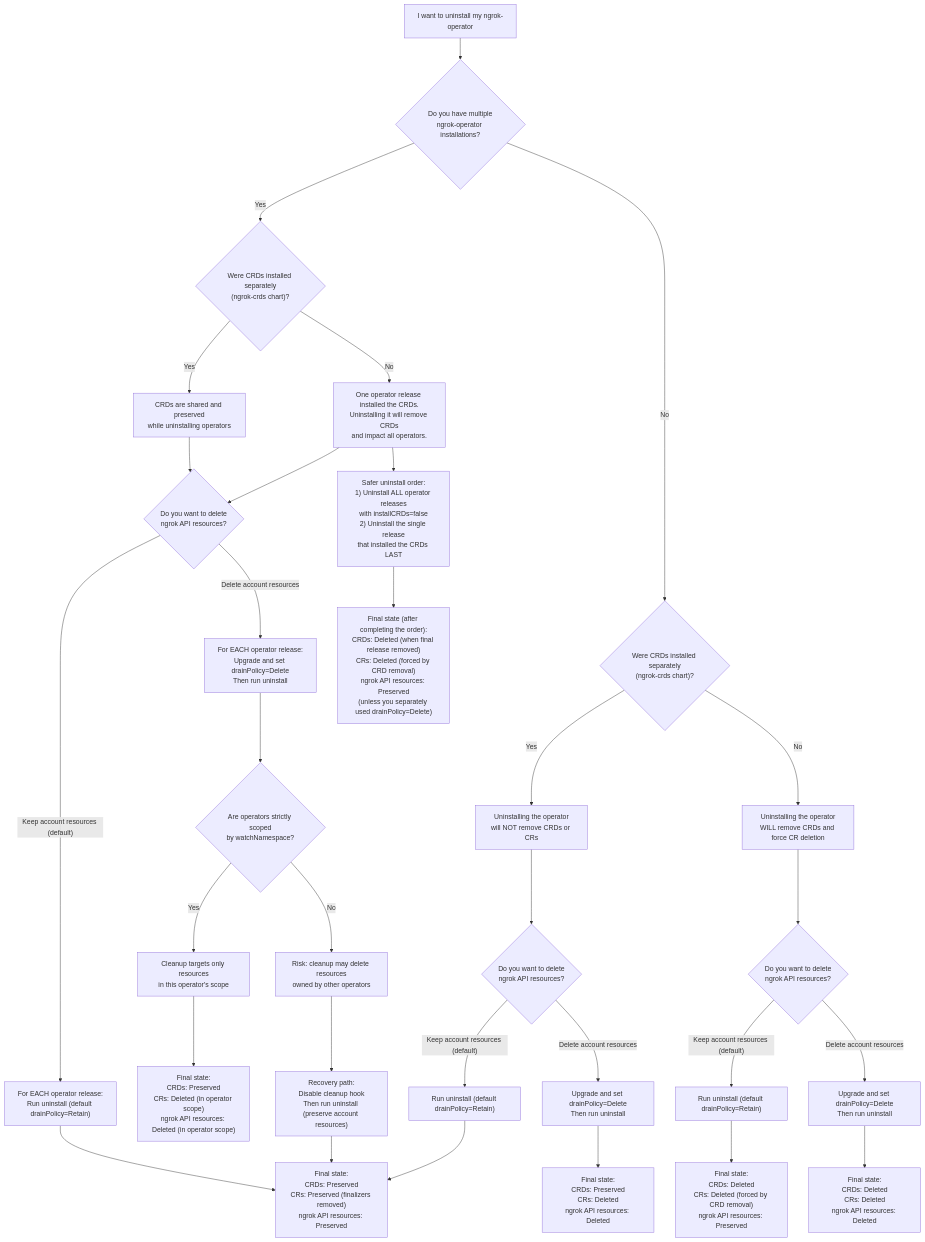
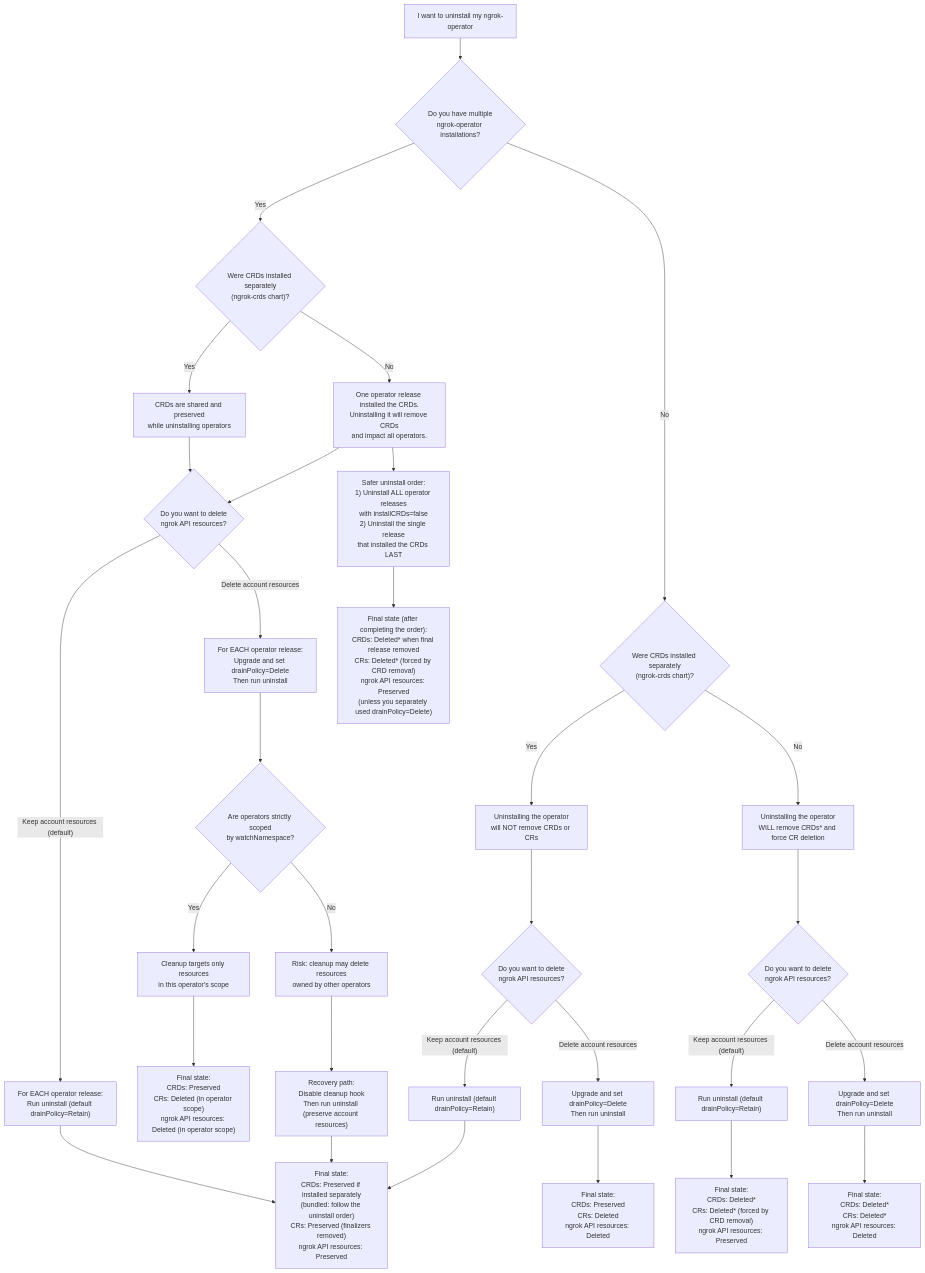
The diagram in gateway/k8s/installation/uninstall.mdx (ngrok/ngrok-docs), drawn with Mermaid before and after one commit. The commit also changed other lines of this file and 16 other files, not shown here.

First line of the commit message:
k8s: update install, upgrade and uninstall docs for Helm chart 0.25

````diff
--- a/gateway/k8s/installation/uninstall.mdx
+++ b/gateway/k8s/installation/uninstall.mdx
@@ -228,58 +265,58 @@
 ```mermaid
 flowchart TD
   A["I want to uninstall my ngrok-operator"] --> B{"Do you have multiple<br/>ngrok-operator installations?"}
 
   %% =========================
   %% MULTIPLE INSTALLATIONS
   %% =========================
   B -- "Yes" --> M1{"Were CRDs installed separately<br/>(ngrok-crds chart)?"}
 
   M1 -- "Yes" --> M2["CRDs are shared and preserved<br/>while uninstalling operators"]
   M1 -- "No" --> M3["One operator release installed the CRDs.<br/>Uninstalling it will remove CRDs<br/>and impact all operators."]
 
   M2 --> M4{"Do you want to delete<br/>ngrok API resources?"}
   M3 --> M4
 
   M4 -- "Keep account resources (default)" --> M5["For EACH operator release:<br/>Run uninstall (default drainPolicy=Retain)"]
   M4 -- "Delete account resources" --> M6["For EACH operator release:<br/>Upgrade and set drainPolicy=Delete<br/>Then run uninstall"]
 
   M6 --> M7{"Are operators strictly scoped<br/>by watchNamespace?"}
   M7 -- "Yes" --> M8["Cleanup targets only resources<br/>in this operator's scope"]
   M7 -- "No" --> M9["Risk: cleanup may delete resources<br/>owned by other operators"]
 
   M9 --> M10["Recovery path:<br/>Disable cleanup hook<br/>Then run uninstall (preserve account resources)"]
 
   M3 --> M11["Safer uninstall order:<br/>1) Uninstall ALL operator releases<br/>with installCRDs=false<br/>2) Uninstall the single release<br/>that installed the CRDs LAST"]
 
   %% Multi-install final states
-  M5 --> FS1["Final state:<br/>CRDs: Preserved<br/>CRs: Preserved (finalizers removed)<br/>ngrok API resources: Preserved"]
+  M5 --> FS1["Final state:<br/>CRDs: Preserved if installed separately<br/>(bundled: follow the uninstall order)<br/>CRs: Preserved (finalizers removed)<br/>ngrok API resources: Preserved"]
   M8 --> FS2["Final state:<br/>CRDs: Preserved<br/>CRs: Deleted (in operator scope)<br/>ngrok API resources: Deleted (in operator scope)"]
   M10 --> FS1
-  M11 --> FS3["Final state (after completing the order):<br/>CRDs: Deleted (when final release removed)<br/>CRs: Deleted (forced by CRD removal)<br/>ngrok API resources: Preserved<br/>(unless you separately used drainPolicy=Delete)"]
+  M11 --> FS3["Final state (after completing the order):<br/>CRDs: Deleted* when final release removed<br/>CRs: Deleted* (forced by CRD removal)<br/>ngrok API resources: Preserved<br/>(unless you separately used drainPolicy=Delete)"]
 
   %% =========================
   %% SINGLE INSTALLATION
   %% =========================
   B -- "No" --> S1{"Were CRDs installed separately<br/>(ngrok-crds chart)?"}
 
   S1 -- "Yes" --> S2["Uninstalling the operator<br/>will NOT remove CRDs or CRs"]
-  S1 -- "No" --> S3["Uninstalling the operator<br/>WILL remove CRDs and force CR deletion"]
+  S1 -- "No" --> S3["Uninstalling the operator<br/>WILL remove CRDs* and force CR deletion"]
 
   %% Duplicate the ngrok API question per branch
   S2 --> SA{"Do you want to delete<br/>ngrok API resources?"}
   S3 --> SB{"Do you want to delete<br/>ngrok API resources?"}
 
   %% Single-install (CRDs separate) outcomes
   SA -- "Keep account resources (default)" --> S5A["Run uninstall (default drainPolicy=Retain)"]
   SA -- "Delete account resources" --> S6A["Upgrade and set drainPolicy=Delete<br/>Then run uninstall"]
 
   S5A --> FS1
   S6A --> FS4["Final state:<br/>CRDs: Preserved<br/>CRs: Deleted<br/>ngrok API resources: Deleted"]
 
   %% Single-install (CRDs bundled) outcomes
   SB -- "Keep account resources (default)" --> S5B["Run uninstall (default drainPolicy=Retain)"]
   SB -- "Delete account resources" --> S6B["Upgrade and set drainPolicy=Delete<br/>Then run uninstall"]
 
-  S5B --> FS5["Final state:<br/>CRDs: Deleted<br/>CRs: Deleted (forced by CRD removal)<br/>ngrok API resources: Preserved"]
-  S6B --> FS6["Final state:<br/>CRDs: Deleted<br/>CRs: Deleted<br/>ngrok API resources: Deleted"]
+  S5B --> FS5["Final state:<br/>CRDs: Deleted*<br/>CRs: Deleted* (forced by CRD removal)<br/>ngrok API resources: Preserved"]
+  S6B --> FS6["Final state:<br/>CRDs: Deleted*<br/>CRs: Deleted*<br/>ngrok API resources: Deleted"]
 ```
````
